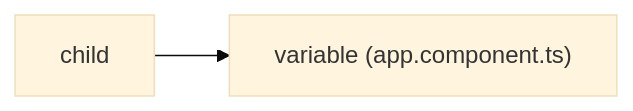
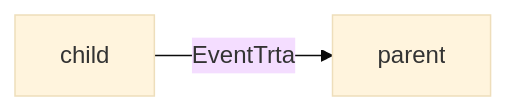
The third of 3 diagrams in README.md (andermoran/AngularAdvice), drawn with Mermaid (base theme) before and after one commit. The commit also changed other lines of this file, not shown here.

````diff
--- a/README.md
+++ b/README.md
@@ -159,4 +159,4 @@
 ```mermaid
 graph LR
-child["child"] --> parent["variable (app.component.ts)"]
+child["child"] --EventTrta--> parent["parent"]
 ```
````
